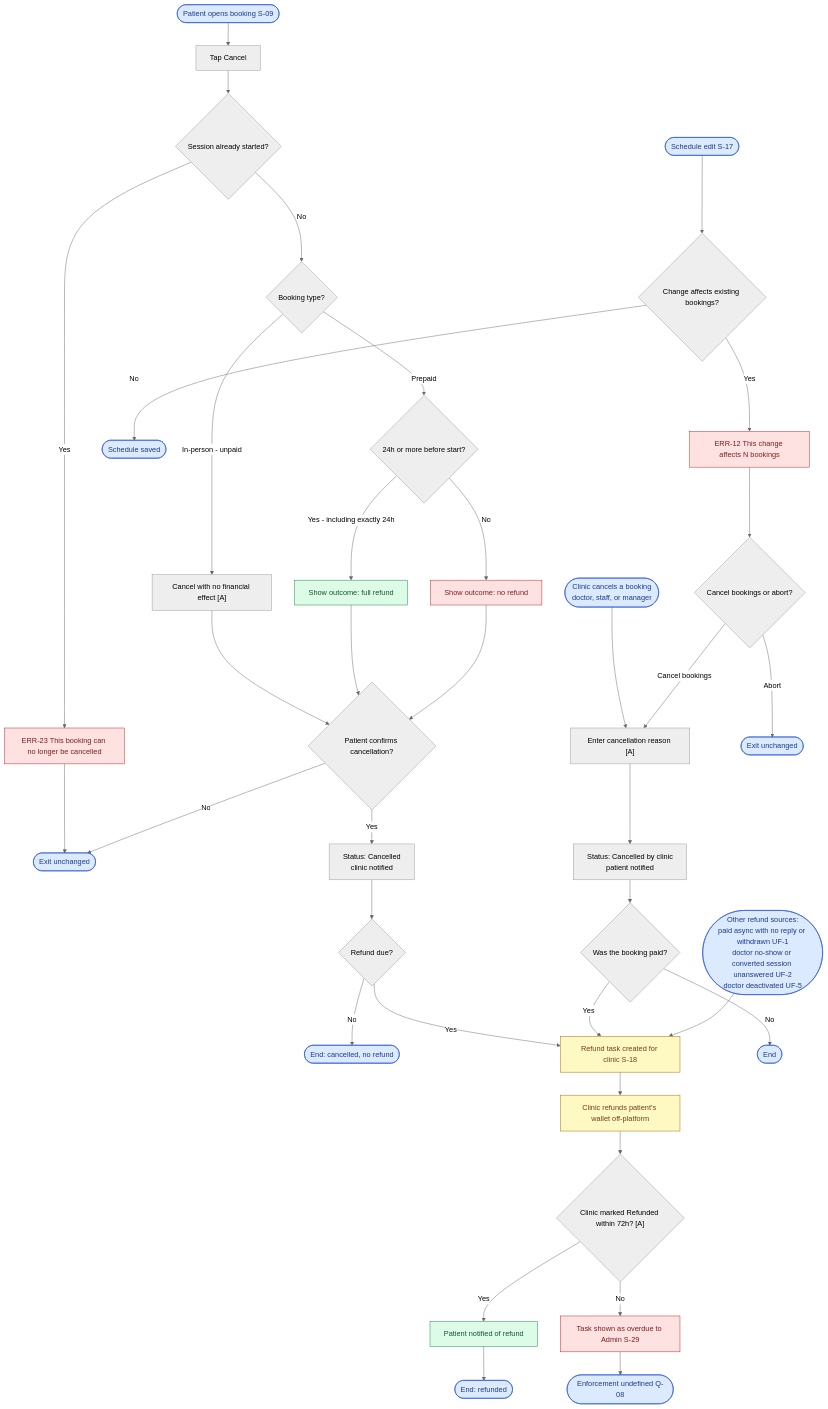
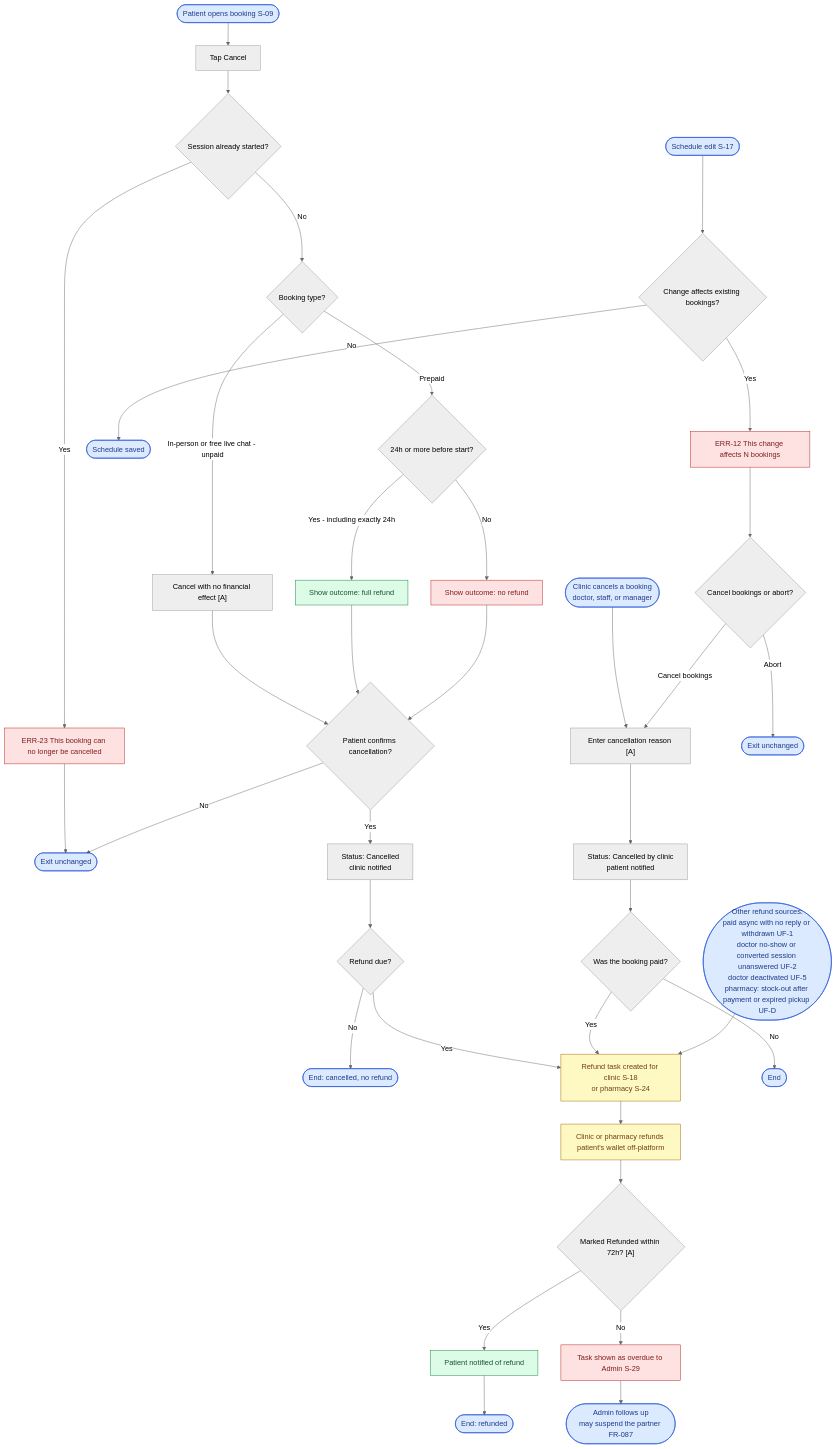
One commit to foxamoca/iltiam changed the ninth of 12 diagrams in docs/user-flow.md. Above: the diagram before and after it, drawn with Mermaid (neutral theme). The commit also changed other lines of this file and 8 other files, not shown here.

First line of the commit message:
docs: apply owner answers (PRD v1.2) to PRD, PDFs, flows, UI/UX and domain model

````diff
--- a/docs/user-flow.md
+++ b/docs/user-flow.md
@@ -614,50 +622,50 @@
 ```mermaid
 flowchart TD
     PSTART(["Patient opens booking S-09"]) --> PCAN["Tap Cancel"]
     PCAN --> STARTED{"Session already started?"}
     STARTED -->|"Yes"| ERR23["ERR-23 This booking can no longer be cancelled"]
     ERR23 --> PX(["Exit unchanged"])
     STARTED -->|"No"| TYPE{"Booking type?"}
-    TYPE -->|"In-person - unpaid"| INP["Cancel with no financial effect [A]"]
+    TYPE -->|"In-person or free live chat - unpaid"| INP["Cancel with no financial effect [A]"]
     INP --> PCONF
     TYPE -->|"Prepaid"| TIME{"24h or more before start?"}
     TIME -->|"Yes - including exactly 24h"| SHOWR["Show outcome: full refund"]
     TIME -->|"No"| SHOWN["Show outcome: no refund"]
     SHOWR --> PCONF{"Patient confirms cancellation?"}
     SHOWN --> PCONF
     PCONF -->|"No"| PX
     PCONF -->|"Yes"| CANCELLED["Status: Cancelled<br/>clinic notified"]
     CANCELLED --> NEEDR{"Refund due?"}
     NEEDR -->|"No"| DONE0(["End: cancelled, no refund"])
     NEEDR -->|"Yes"| TASK
 
     CSTART(["Clinic cancels a booking<br/>doctor, staff, or manager"]) --> CREASON["Enter cancellation reason [A]"]
     SCHED(["Schedule edit S-17"]) --> CONFLICT{"Change affects existing bookings?"}
     CONFLICT -->|"No"| SAVED(["Schedule saved"])
     CONFLICT -->|"Yes"| ERR12["ERR-12 This change affects N bookings"]
     ERR12 --> SCHOICE{"Cancel bookings or abort?"}
     SCHOICE -->|"Abort"| SAVED2(["Exit unchanged"])
     SCHOICE -->|"Cancel bookings"| CREASON
     CREASON --> CCANC["Status: Cancelled by clinic<br/>patient notified"]
     CCANC --> CPAID{"Was the booking paid?"}
     CPAID -->|"No"| DONE1(["End"])
     CPAID -->|"Yes"| TASK
 
-    OTHERSRC(["Other refund sources:<br/>paid async with no reply or withdrawn UF-1<br/>doctor no-show or converted session unanswered UF-2<br/>doctor deactivated UF-5"]) --> TASK
+    OTHERSRC(["Other refund sources:<br/>paid async with no reply or withdrawn UF-1<br/>doctor no-show or converted session unanswered UF-2<br/>doctor deactivated UF-5<br/>pharmacy: stock-out after payment or expired pickup UF-D"]) --> TASK
 
-    TASK["Refund task created for clinic S-18"] --> REFUND["Clinic refunds patient's wallet off-platform"]
-    REFUND --> MARKED{"Clinic marked Refunded within 72h? [A]"}
+    TASK["Refund task created for clinic S-18<br/>or pharmacy S-24"] --> REFUND["Clinic or pharmacy refunds patient's wallet off-platform"]
+    REFUND --> MARKED{"Marked Refunded within 72h? [A]"}
     MARKED -->|"Yes"| NOTIFY["Patient notified of refund"]
     NOTIFY --> DONE2(["End: refunded"])
     MARKED -->|"No"| OVERDUE["Task shown as overdue to Admin S-29"]
-    OVERDUE --> ENF(["Enforcement undefined Q-08"])
+    OVERDUE --> ENF(["Admin follows up<br/>may suspend the partner FR-087"])
 
     classDef entry fill:#dbeafe,stroke:#1d4ed8,color:#1e3a8a
     classDef success fill:#dcfce7,stroke:#15803d,color:#14532d
     classDef error fill:#fee2e2,stroke:#b91c1c,color:#7f1d1d
     classDef pending fill:#fef9c3,stroke:#a16207,color:#713f12
     class PSTART,PX,DONE0,CSTART,SCHED,SAVED,SAVED2,DONE1,OTHERSRC,DONE2,ENF entry
     class NOTIFY,SHOWR success
     class ERR23,ERR12,OVERDUE,SHOWN error
     class TASK,REFUND pending
 ```
````
